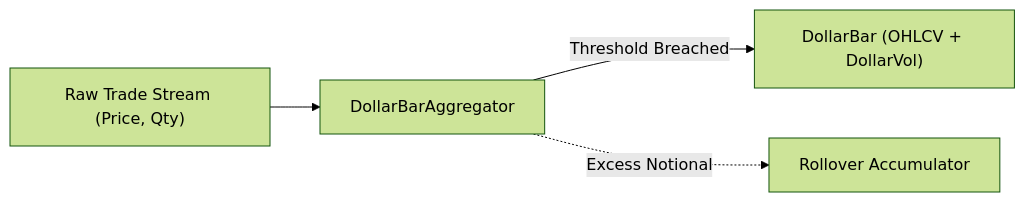
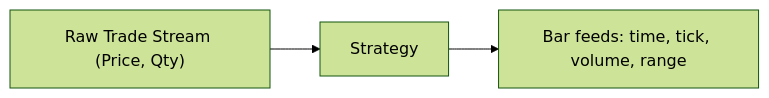
The diagram in docs/architecture/02-domain-models-and-lifecycle.md (f92esmup/ATSNT), drawn with Mermaid (forest theme) before and after one commit. The commit also changed other lines of this file and 6 other files, not shown here.

````diff
--- a/docs/architecture/02-domain-models-and-lifecycle.md
+++ b/docs/architecture/02-domain-models-and-lifecycle.md
@@ -14,6 +14,5 @@
 ```mermaid
 flowchart LR
-    A["Raw Trade Stream (Price, Qty)"] --> B["DollarBarAggregator"]
-    B -->|"Threshold Breached"| C["DollarBar (OHLCV + DollarVol)"]
-    B -.->|"Excess Notional"| D["Rollover Accumulator"]
+    A["Raw Trade Stream (Price, Qty)"] --> B["Strategy"]
+    B --> C["Bar feeds: time, tick, volume, range"]
 ```
````
